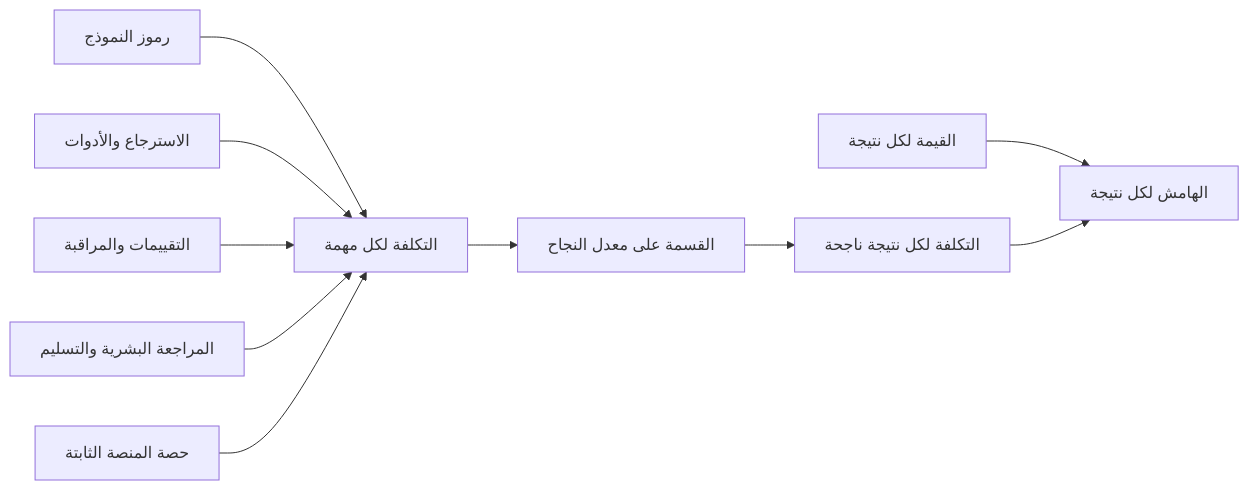
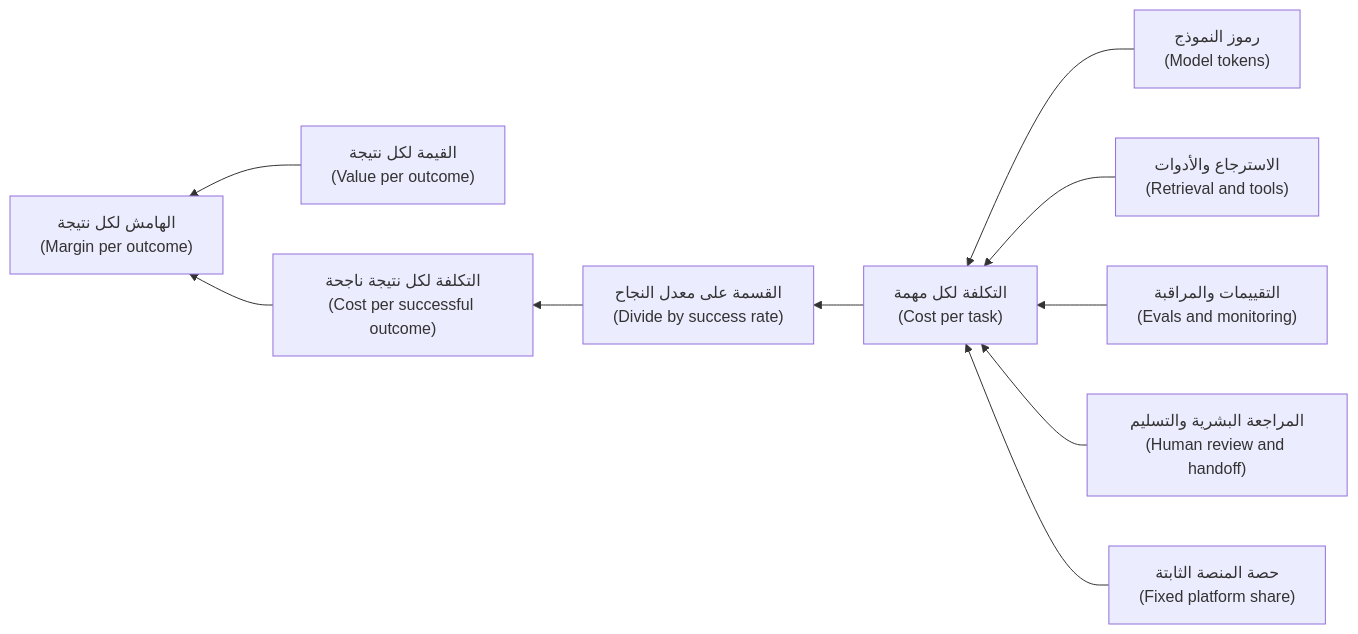
One commit to Tamoura/system-design-for-vibe-coders changed the second of 3 diagrams in aipm/modules/08-metrics.ar.md. Above: the diagram before and after it, drawn with Mermaid. The commit also changed other lines of this file and 9 other files, not shown here.

First line of the commit message:
AI PM course (AR): right-to-left diagrams with English labels

````diff
--- a/aipm/modules/08-metrics.ar.md
+++ b/aipm/modules/08-metrics.ar.md
@@ -314,12 +314,12 @@
 ```mermaid
-flowchart LR
-    M["رموز النموذج"] --> C["التكلفة لكل مهمة"]
-    R["الاسترجاع والأدوات"] --> C
-    E["التقييمات والمراقبة"] --> C
-    H["المراجعة البشرية والتسليم"] --> C
-    F["حصة المنصة الثابتة"] --> C
-    C --> D["القسمة على معدل النجاح"]
-    D --> O["التكلفة لكل نتيجة ناجحة"]
-    V["القيمة لكل نتيجة"] --> P["الهامش لكل نتيجة"]
+flowchart RL
+    M["رموز النموذج<br/>(Model tokens)"] --> C["التكلفة لكل مهمة<br/>(Cost per task)"]
+    R["الاسترجاع والأدوات<br/>(Retrieval and tools)"] --> C
+    E["التقييمات والمراقبة<br/>(Evals and monitoring)"] --> C
+    H["المراجعة البشرية والتسليم<br/>(Human review and handoff)"] --> C
+    F["حصة المنصة الثابتة<br/>(Fixed platform share)"] --> C
+    C --> D["القسمة على معدل النجاح<br/>(Divide by success rate)"]
+    D --> O["التكلفة لكل نتيجة ناجحة<br/>(Cost per successful outcome)"]
+    V["القيمة لكل نتيجة<br/>(Value per outcome)"] --> P["الهامش لكل نتيجة<br/>(Margin per outcome)"]
     O --> P
 ```
````
